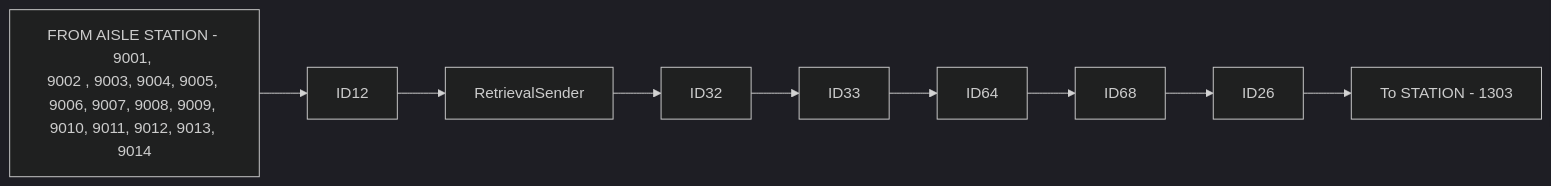
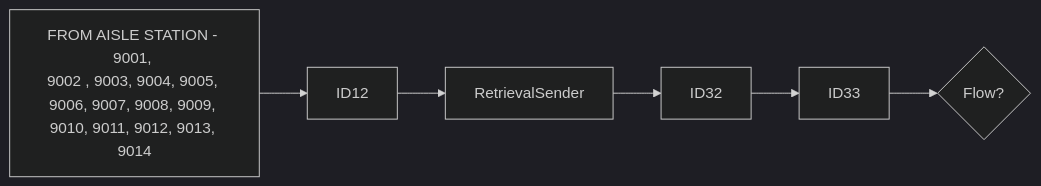
One commit to luthfiadityaa/SimeDarby-Wiki changed the first of 5 diagrams in Basic-Design/DFD-WMS/Retrieval/QC-Setting/Retrieval-for-QC-Start.md. Above: the diagram before and after it, drawn with Mermaid (dark theme). The commit also changed other lines of this file, not shown here.

Commit message:
Updated Retrieval for QC Start

```diff
--- a/Basic-Design/DFD-WMS/Retrieval/QC-Setting/Retrieval-for-QC-Start.md
+++ b/Basic-Design/DFD-WMS/Retrieval/QC-Setting/Retrieval-for-QC-Start.md
@@ -6,9 +6,9 @@
 ::: mermaid
 flowchart LR
-  
+
 P1[FROM AISLE STATION - 9001, 
 9002 , 9003, 9004, 9005, 
 9006, 9007, 9008, 9009, 
 9010, 9011, 9012, 9013, 
-9014]-->P21[ID12]-->P2[RetrievalSender]-->P3[ID32]-->P4[ID33]-->P5[ID64]-->P6[ID68]-->P7[ID26]-->P8[To STATION - 1303] 
+9014]-->P21[ID12]-->P2[RetrievalSender]-->P3[ID32]-->P4[ID33]-->Cond1{Flow?} 
 :::
```
